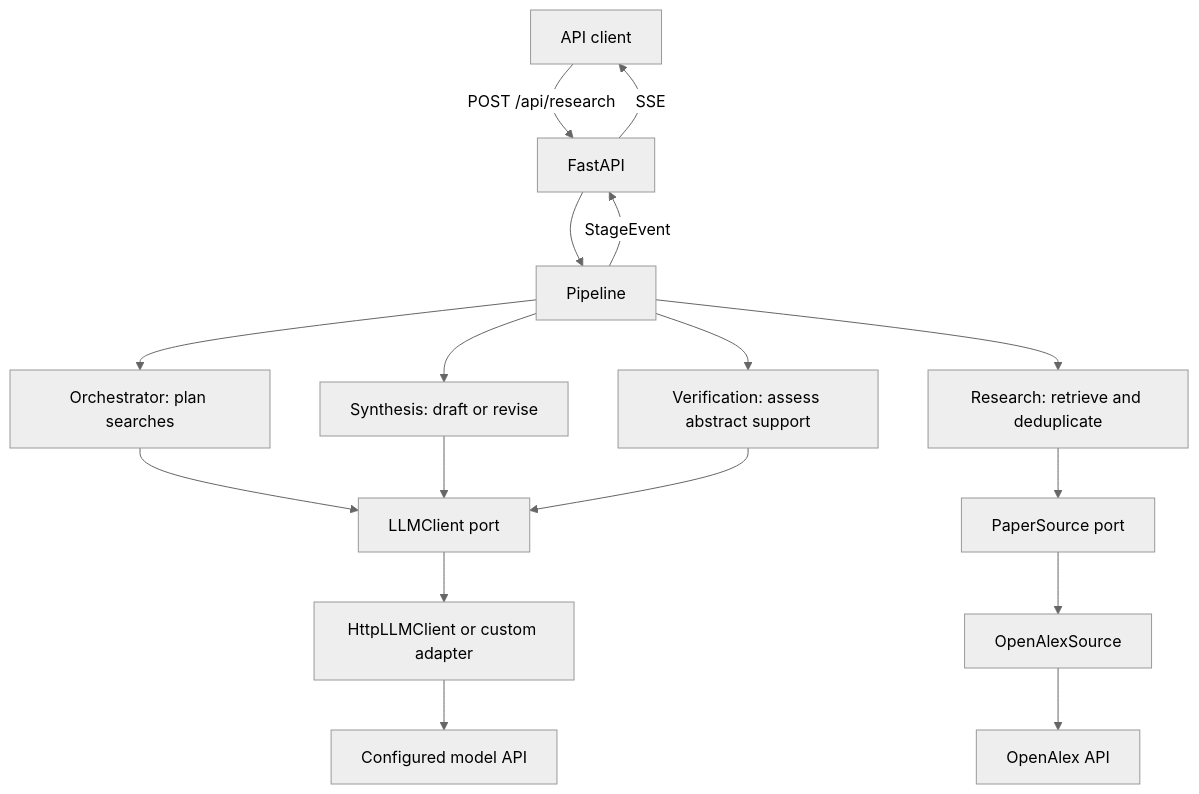
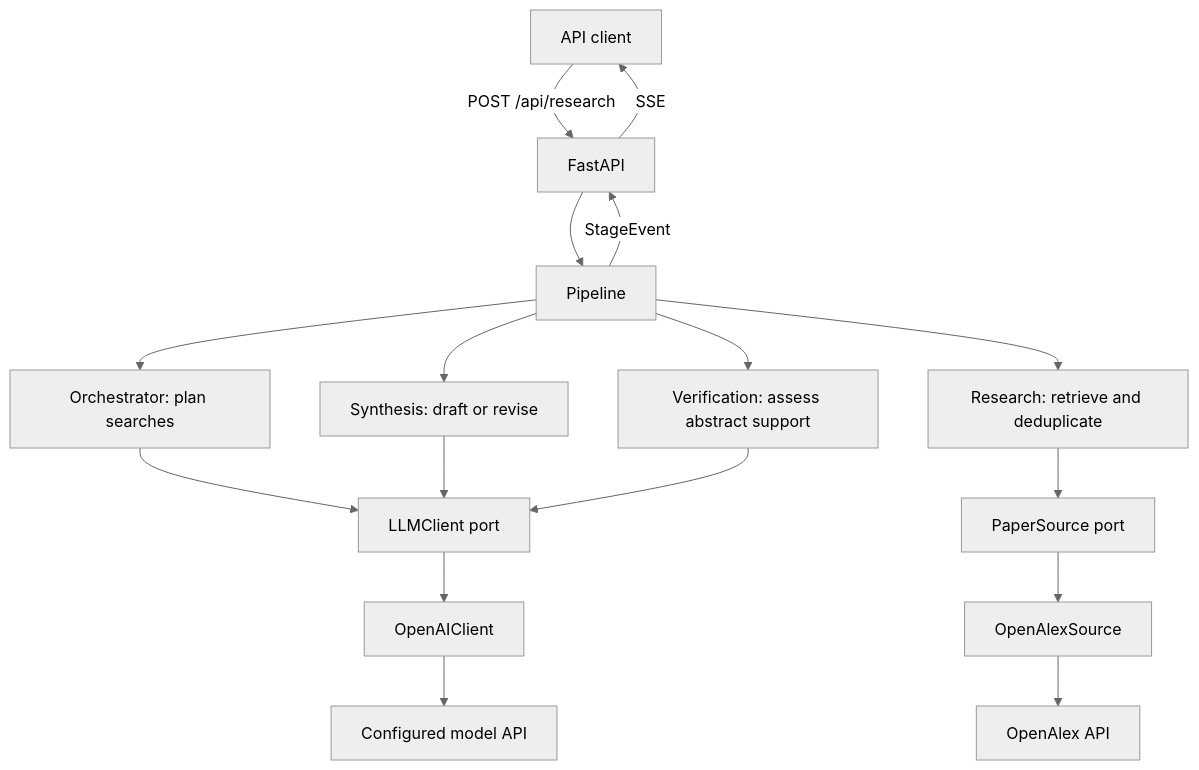
Before and after one commit to Gu1L3RM3/paper-trace: the diagram in CONTEXT.md, drawn with Mermaid (neutral theme). The commit also changed other lines of this file and 23 other files, not shown here.

````diff
--- a/CONTEXT.md
+++ b/CONTEXT.md
@@ -65,19 +65,19 @@
 ```mermaid
 flowchart TD
     Client[API client] -->|POST /api/research| API[FastAPI]
     API --> Pipeline
     Pipeline --> O[Orchestrator: plan searches]
     Pipeline --> R[Research: retrieve and deduplicate]
     Pipeline --> S[Synthesis: draft or revise]
     Pipeline --> V[Verification: assess abstract support]
     O --> L[LLMClient port]
     S --> L
     V --> L
-    L --> H[HttpLLMClient or custom adapter]
+    L --> H[OpenAIClient]
     H --> Provider[Configured model API]
     R --> P[PaperSource port]
     P --> OA[OpenAlexSource]
     OA --> OpenAlex[OpenAlex API]
     Pipeline -->|StageEvent| API
     API -->|SSE| Client
 ```
````
